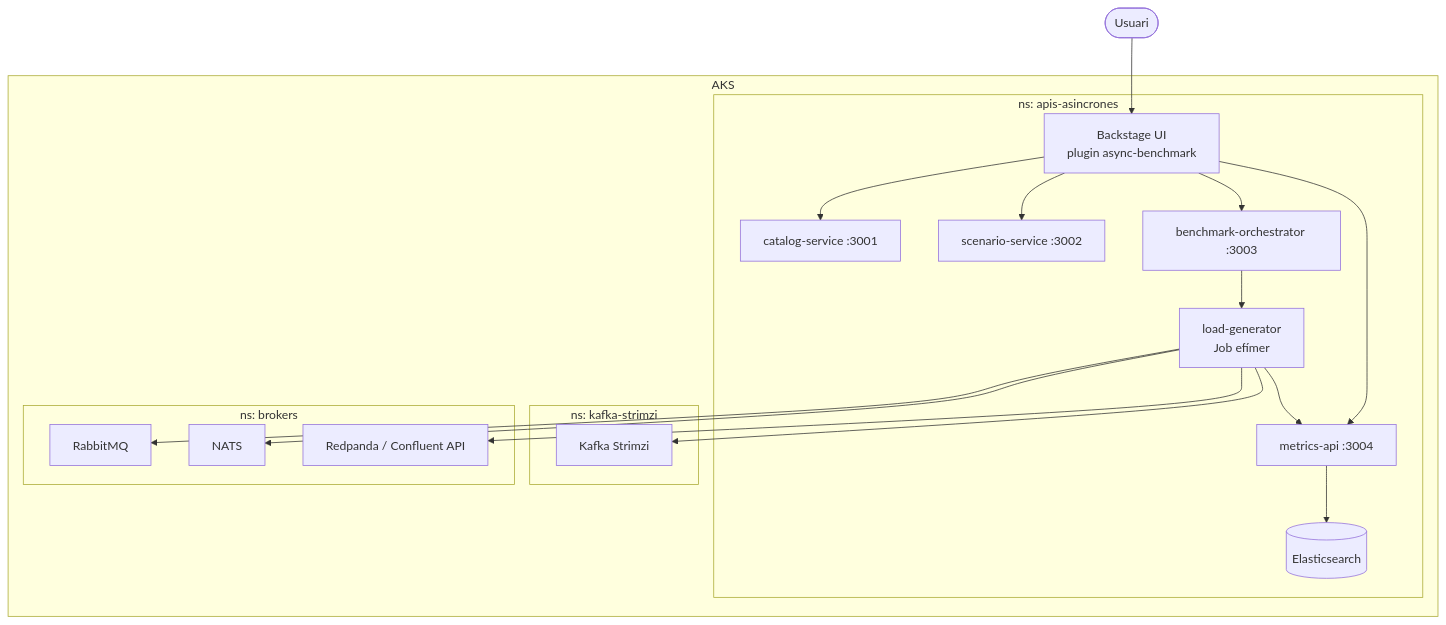
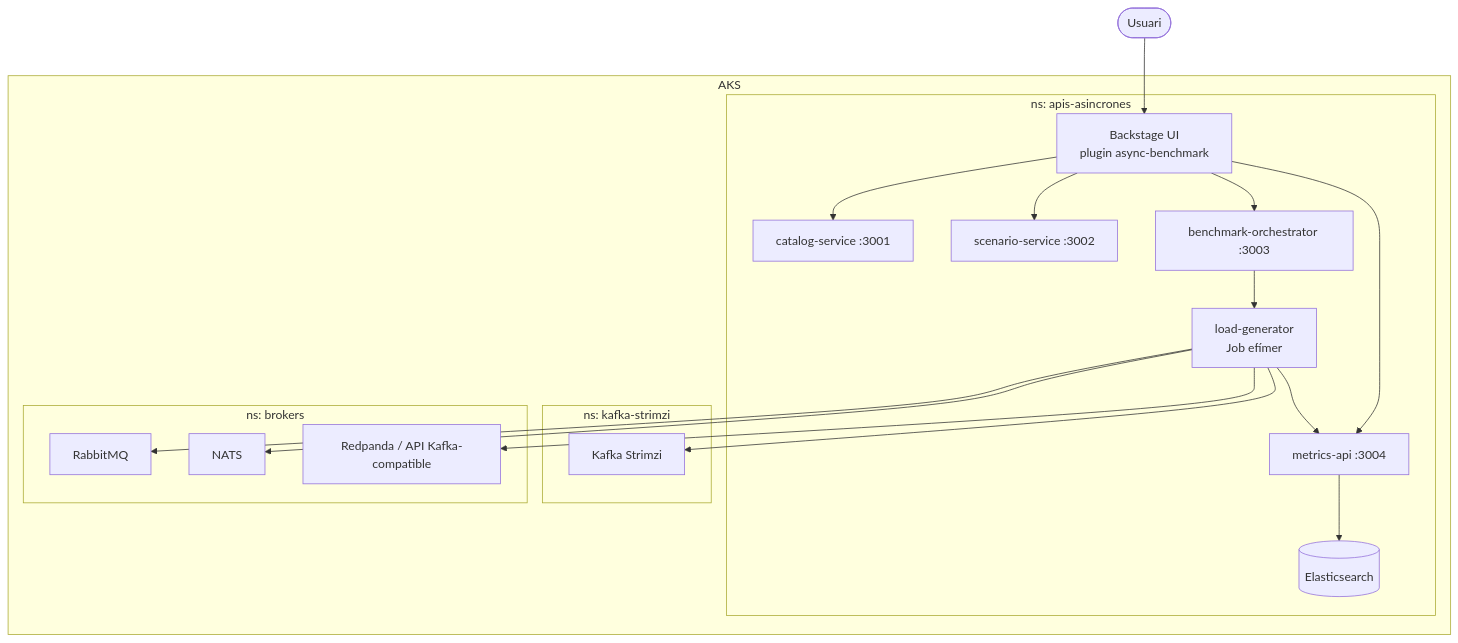
One commit to marcfontt/apis-asincrones changed the diagram in README.md. Above: the diagram before and after it, drawn with Mermaid. The commit also changed other lines of this file and 25 other files, not shown here.

````diff
--- a/README.md
+++ b/README.md
@@ -68,38 +70,38 @@
 ```mermaid
 flowchart TB
     user(["Usuari"]) --> backstage["Backstage UI<br/>plugin async-benchmark"]
 
     subgraph aks["AKS"]
         subgraph app["ns: apis-asincrones"]
             backstage
             catalog["catalog-service :3001"]
             scenario["scenario-service :3002"]
             orchestrator["benchmark-orchestrator :3003"]
             metrics["metrics-api :3004"]
             es[("Elasticsearch")]
             loadgen["load-generator<br/>Job efímer"]
         end
 
         subgraph kafka["ns: kafka-strimzi"]
             kafkaBroker["Kafka Strimzi"]
         end
 
         subgraph brokers["ns: brokers"]
             rabbit["RabbitMQ"]
             nats["NATS"]
-            redpanda["Redpanda / Confluent API"]
+            redpanda["Redpanda / API Kafka-compatible"]
         end
     end
 
     backstage --> catalog
     backstage --> scenario
     backstage --> orchestrator
     backstage --> metrics
     orchestrator --> loadgen
     loadgen --> kafkaBroker
     loadgen --> rabbit
     loadgen --> nats
     loadgen --> redpanda
     loadgen --> metrics
     metrics --> es
 ```
````
